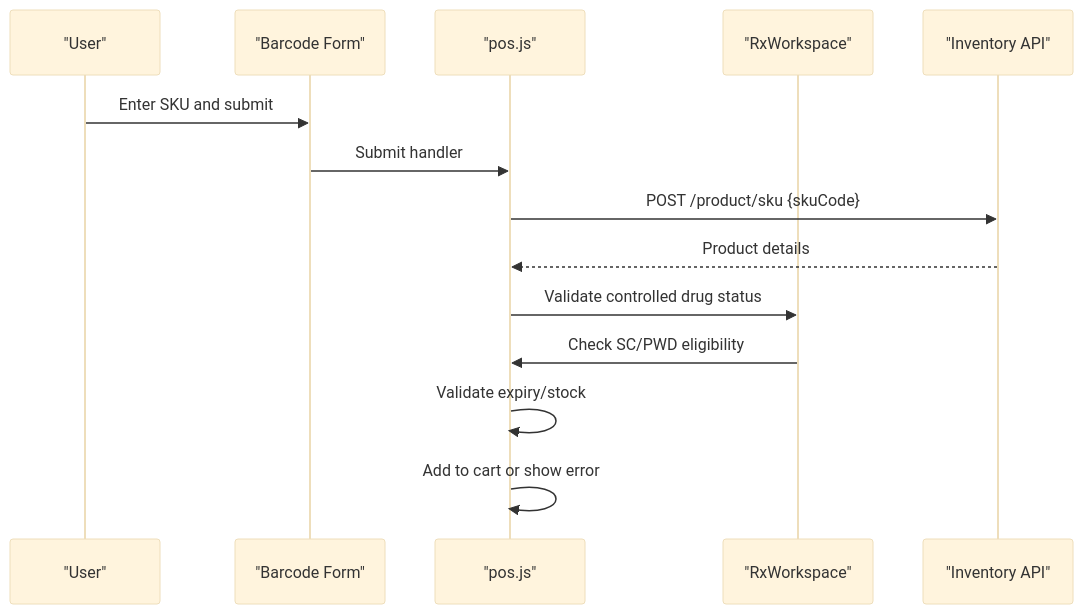
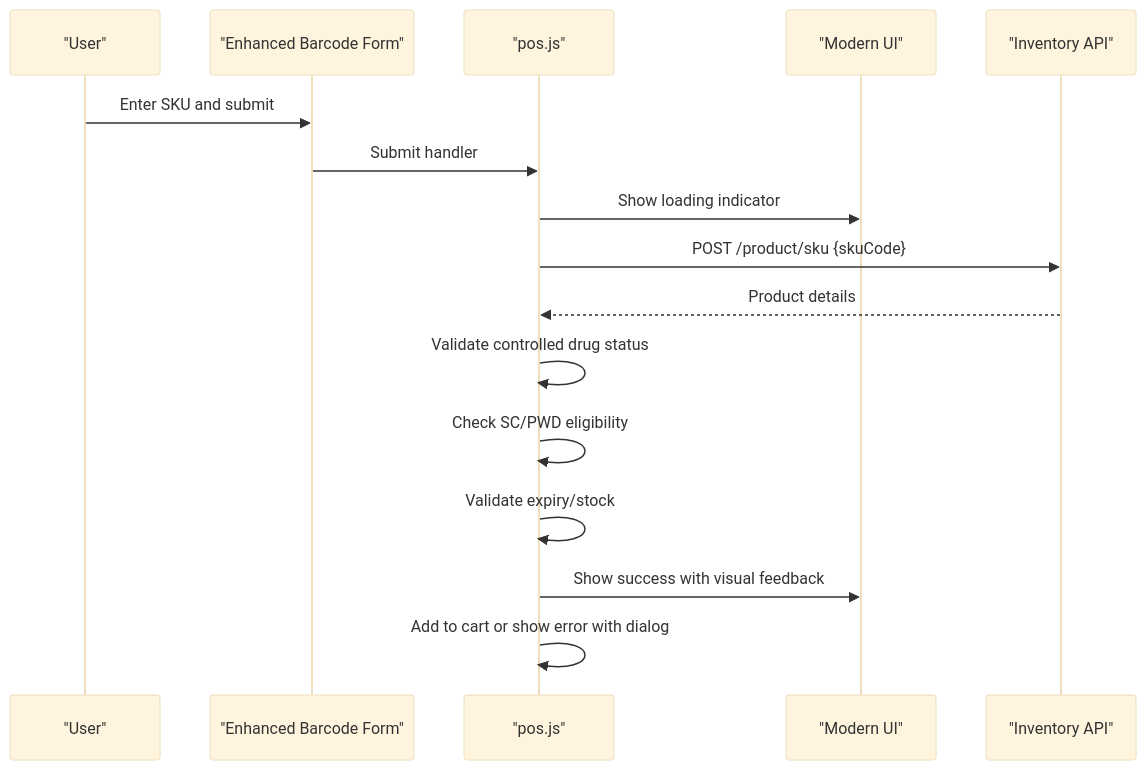
One commit to yosefdc7/PharmaPOS changed the fifth of 8 diagrams in .qoder/repowiki/en/content/Frontend Interface/Point-of-Sale Interface.md. Above: the diagram before and after it, drawn with Mermaid (base theme). The commit also changed other lines of this file and 103 other files, not shown here.

````diff
--- a/.qoder/repowiki/en/content/Frontend Interface/Point-of-Sale Interface.md
+++ b/.qoder/repowiki/en/content/Frontend Interface/Point-of-Sale Interface.md
@@ -243,16 +258,18 @@
 ```mermaid
 sequenceDiagram
 participant User as "User"
-participant Form as "Barcode Form"
+participant Form as "Enhanced Barcode Form"
 participant POS as "pos.js"
-participant RX as "RxWorkspace"
+participant ModernUI as "Modern UI"
 participant API as "Inventory API"
 User->>Form : Enter SKU and submit
 Form->>POS : Submit handler
+POS->>ModernUI : Show loading indicator
 POS->>API : POST /product/sku {skuCode}
 API-->>POS : Product details
-POS->>RX : Validate controlled drug status
-RX->>POS : Check SC/PWD eligibility
+POS->>POS : Validate controlled drug status
+POS->>POS : Check SC/PWD eligibility
 POS->>POS : Validate expiry/stock
-POS->>POS : Add to cart or show error
+POS->>ModernUI : Show success with visual feedback
+POS->>POS : Add to cart or show error with dialog
 ```
````
